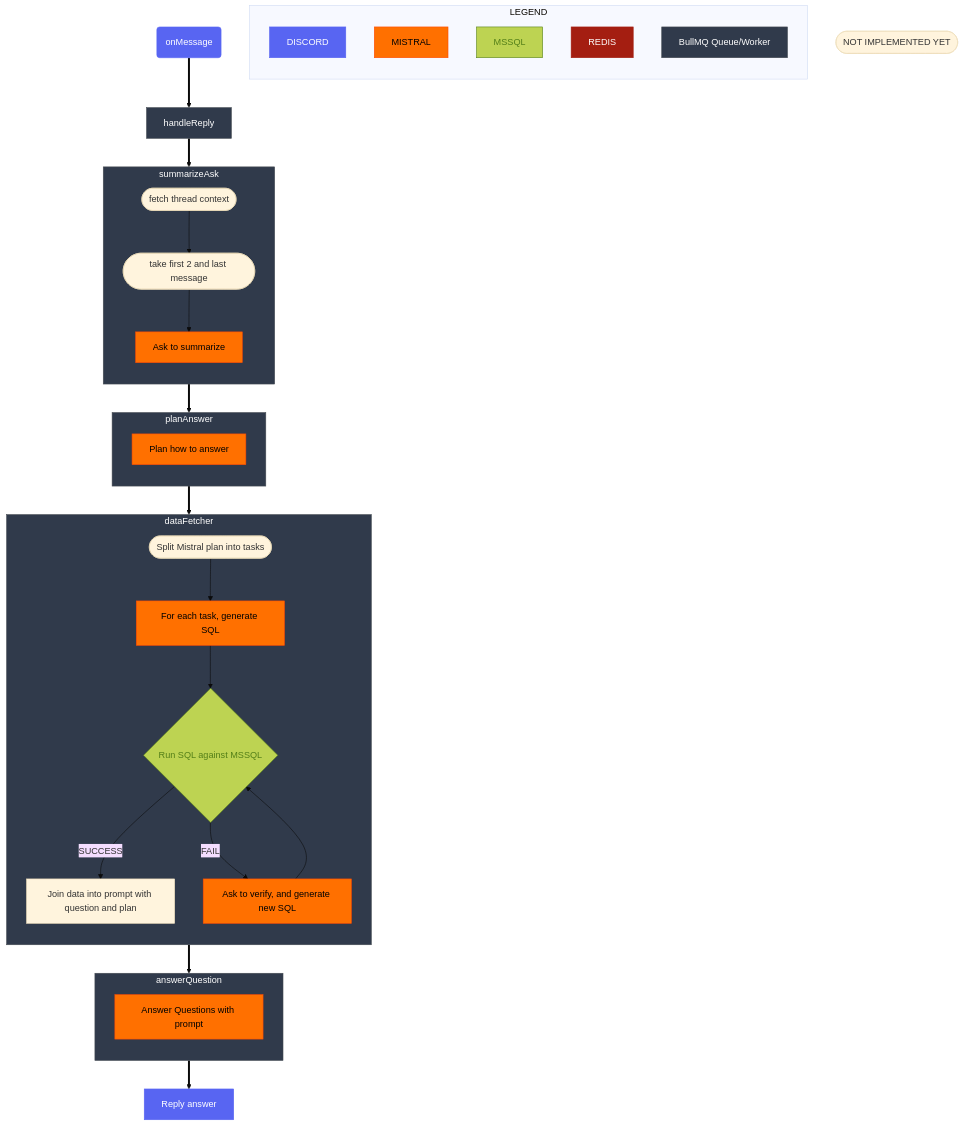
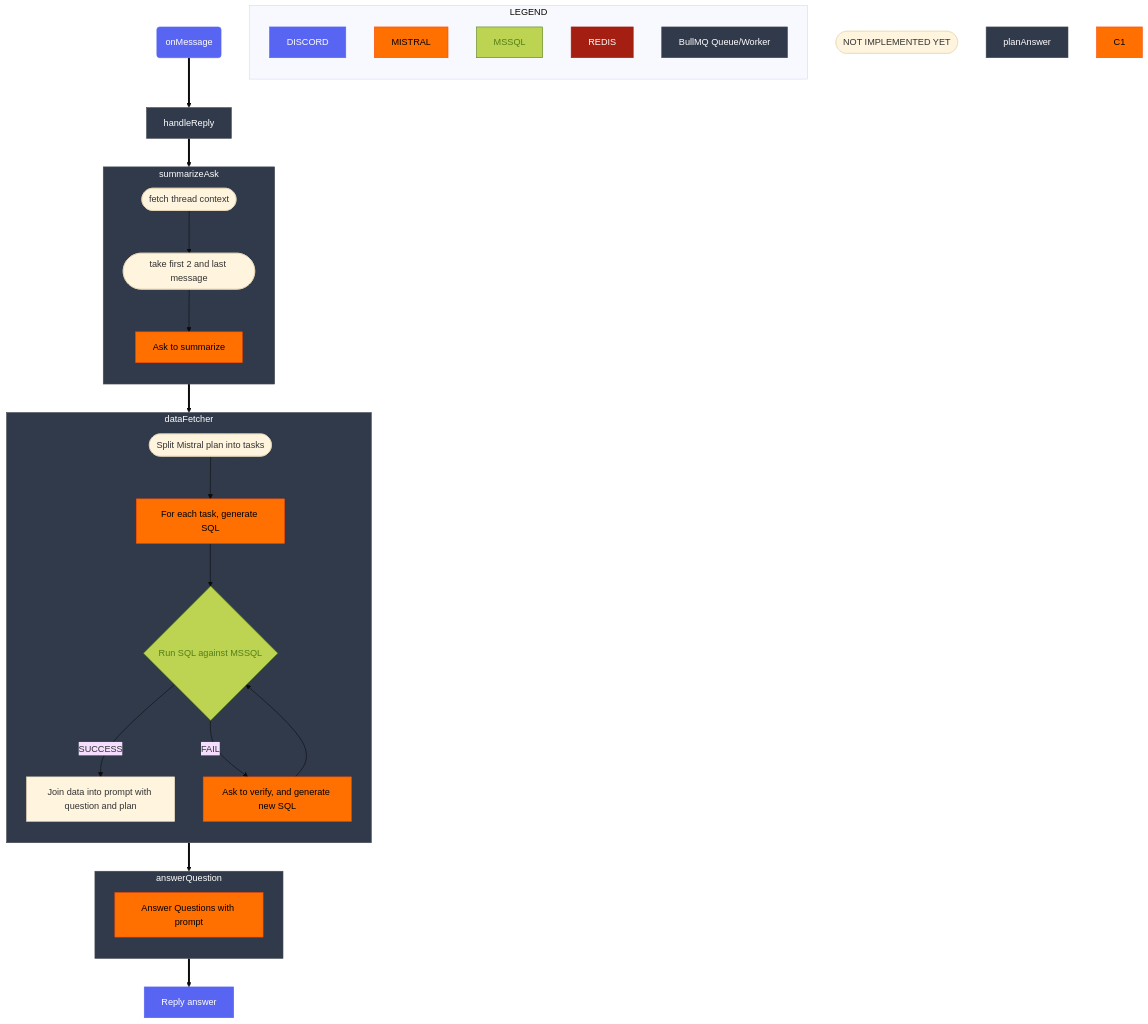
One commit to nvaa-se/ai-colleague changed the third of 3 diagrams in README.md. Above: the diagram before and after it, drawn with Mermaid (base theme). The commit also changed 3 other files, not shown here.

```diff
--- a/README.md
+++ b/README.md
@@ -106,8 +106,6 @@
     B1([fetch thread context])
     B2([take first 2 and last message])
     B3[Ask to summarize]
-
-    C1[Plan how to answer]
 
     D1([Split Mistral plan into tasks])
     D2[For each task, generate SQL]
@@ -129,15 +127,12 @@
         LW
     end
 
-    0 ==> A ==> summarizeAsk ==> planAnswer ==> dataFetcher ==> answerQuestion ==> M
+    0 ==> A ==> summarizeAsk ==> dataFetcher ==> answerQuestion ==> M
     subgraph summarizeAsk
         direction TB
         B1 --> B2 --> B3
     end
-    subgraph planAnswer
-        direction TB
-        C1
-    end
+
     subgraph dataFetcher
         direction TB
         D1 --> D2 --> D3 --SUCCESS--> D5
```
